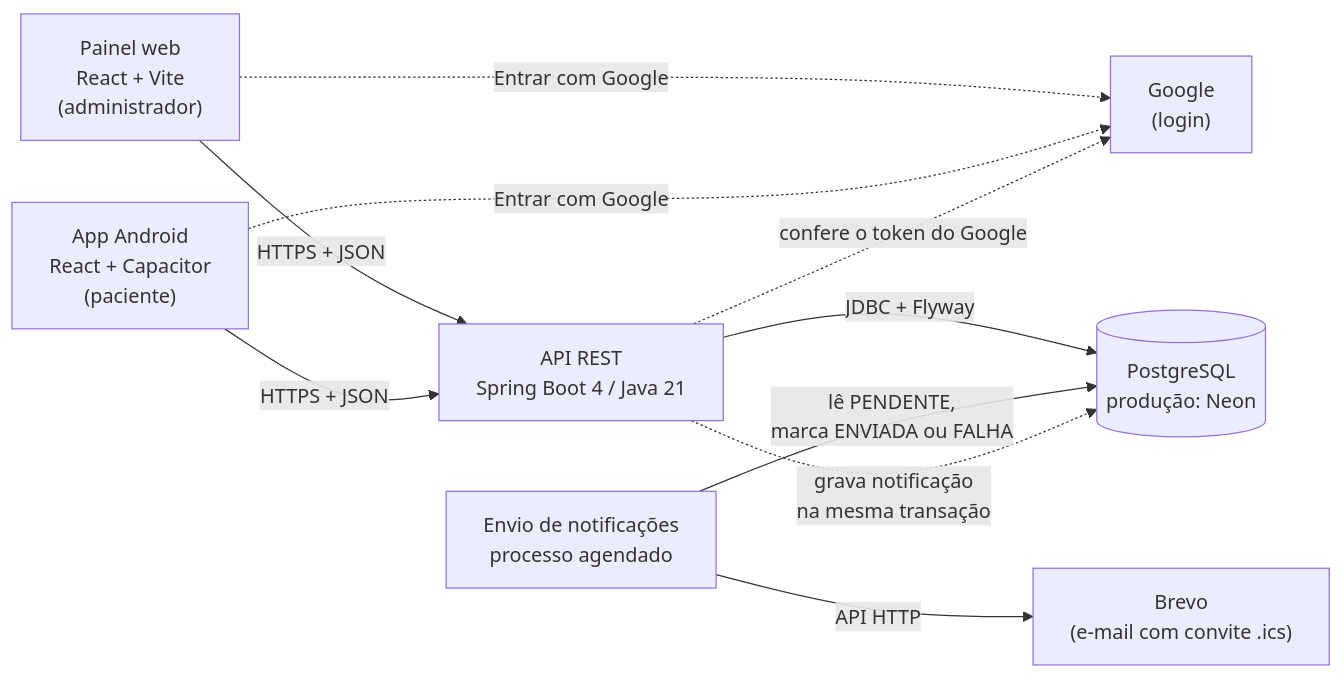
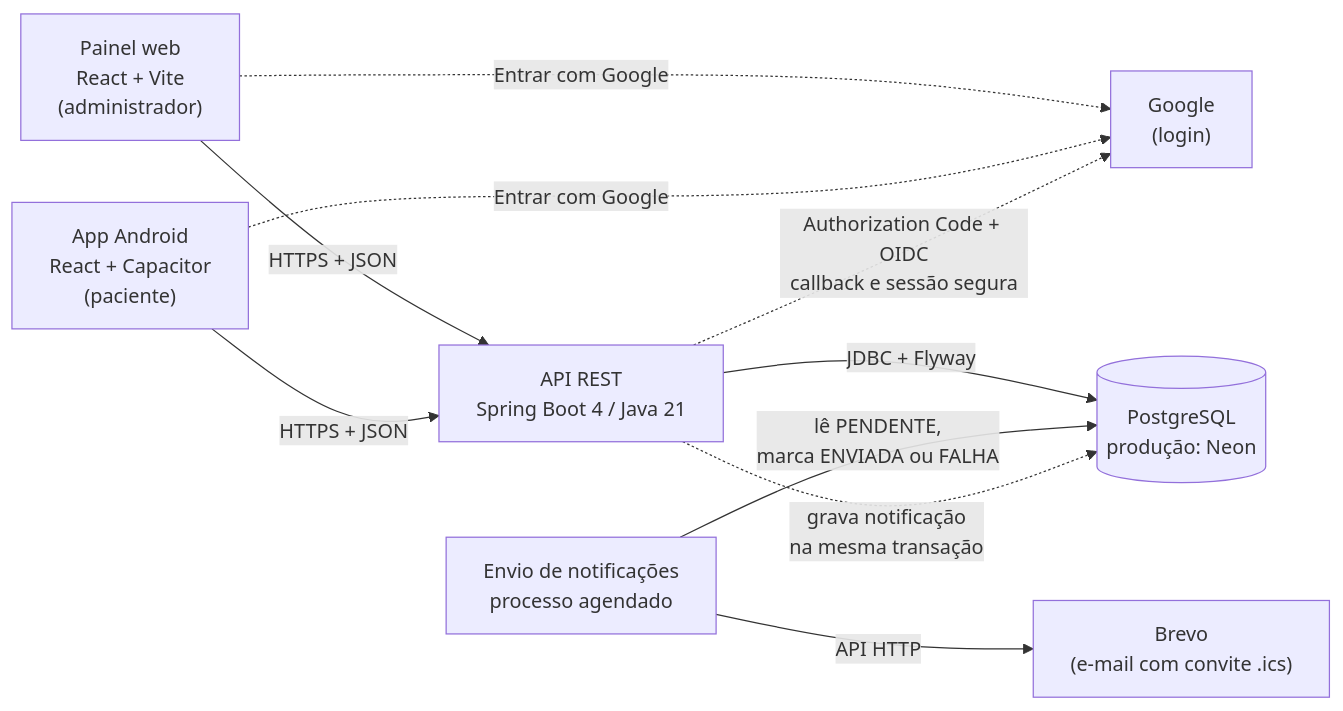
The diagram in arquitetura/ARQUITETURA.md (faculdade-ads-senai/agendamentos-sa-docs), drawn with Mermaid before and after one commit. The commit also changed other lines of this file and 13 other files, not shown here.

````diff
--- a/arquitetura/ARQUITETURA.md
+++ b/arquitetura/ARQUITETURA.md
@@ -5,11 +9,11 @@
 ```mermaid
 flowchart LR
     web["Painel web<br>React + Vite<br>(administrador)"] -->|HTTPS + JSON| api
     app["App Android<br>React + Capacitor<br>(paciente)"] -->|HTTPS + JSON| api
     web & app -. "Entrar com Google" .-> google["Google<br>(login)"]
-    api -. confere o token do Google .-> google
+    api -. "Authorization Code + OIDC<br>callback e sessão segura" .-> google
     api["API REST<br>Spring Boot 4 / Java 21"] -->|JDBC + Flyway| db[("PostgreSQL<br>produção: Neon")]
     envio["Envio de notificações<br>processo agendado"] -->|lê PENDENTE,<br>marca ENVIADA ou FALHA| db
     envio -->|API HTTP| brevo["Brevo<br>(e-mail com convite .ics)"]
     api -. grava notificação<br>na mesma transação .-> db
 ```
````
